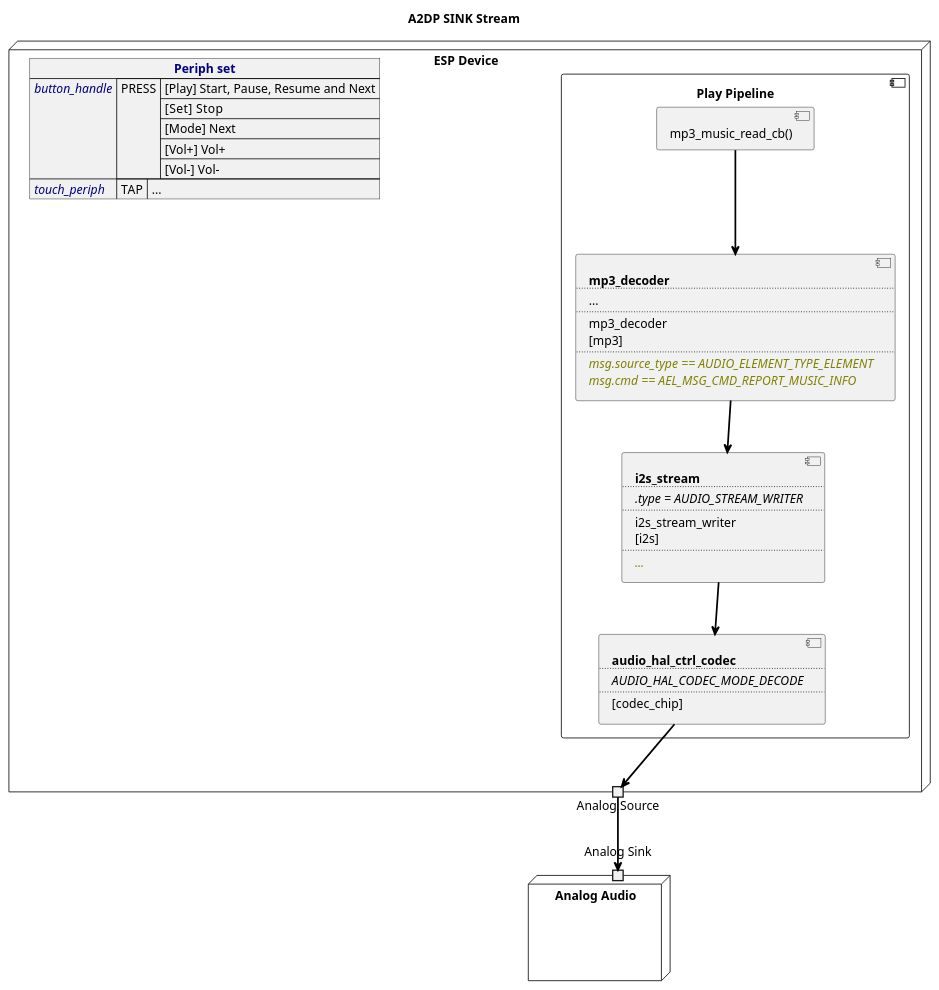
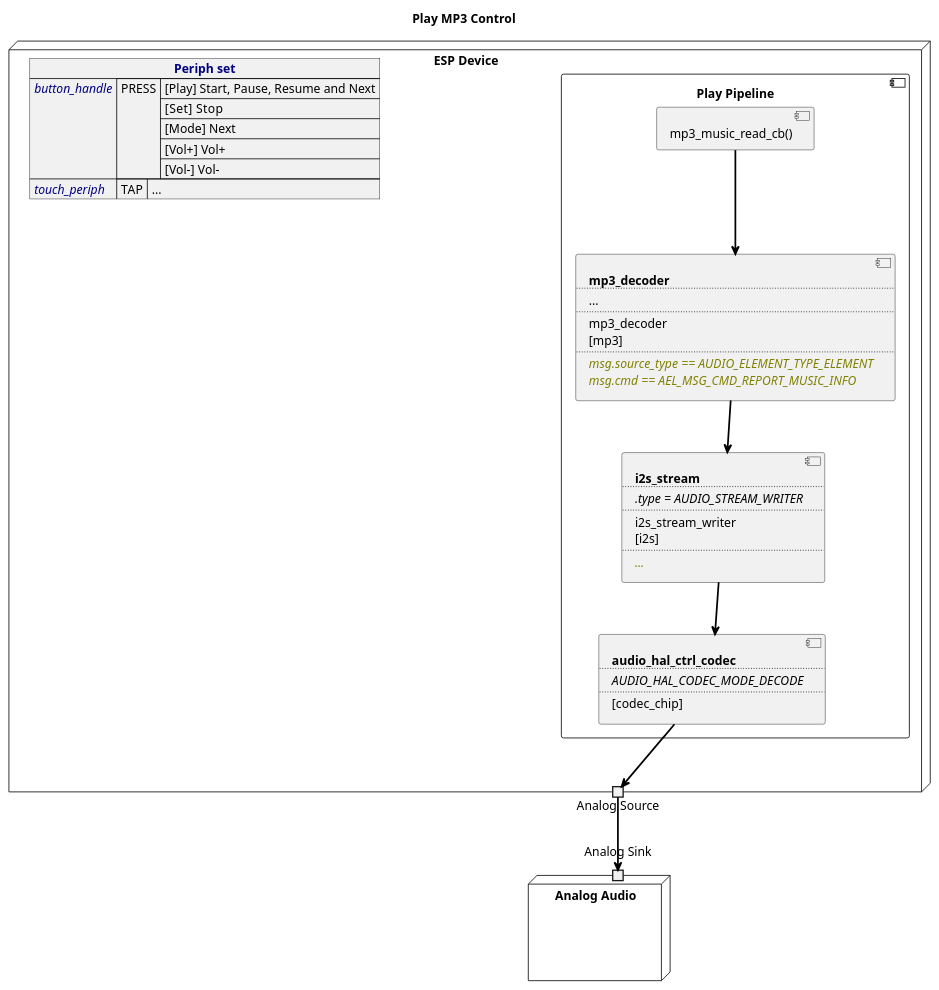
The diagram in examples/esp-adf/get-started/play_mp3_control/audio-stream-diagram.plantuml (liang-zhu-zi/open-audio-adapter), drawn with PlantUML before and after one commit. The commit also changed 3 other files, not shown here.

Commit message:
add audio flow chart

```diff
--- a/examples/esp-adf/get-started/play_mp3_control/audio-stream-diagram.plantuml
+++ b/examples/esp-adf/get-started/play_mp3_control/audio-stream-diagram.plantuml
@@ -1,72 +1,72 @@
-@startuml pipe_a2dp_sink_stream
-title A2DP SINK Stream
+@startuml play_mp3_control
+title Play MP3 Control
 allowmixing
 
 
 node "ESP Device" as ESPDevice  {
 
     json "<b><color navy>Periph set" as periph_set {
         "<i><color navy>button_handle":  {
             "PRESS":["[Play] Start, Pause, Resume and Next", 
                      "[Set]  Stop",
                      "[Mode] Next",
                      "[Vol+] Vol+",
                      "[Vol-] Vol-"
             ]
         },
         "<i><color navy>touch_periph":  {
             "TAP": "..."
         }
     }
 
     component "Play Pipeline" as PlayPipeline {
         component "mp3_music_read_cb()" as mp3_music_read_cb
 
         component Mp3Decoder [
             <b>mp3_decoder
             ....
             ...
             ....
             mp3_decoder
             [mp3]
             ....
             <i><color olive>msg.source_type == AUDIO_ELEMENT_TYPE_ELEMENT
             <i><color olive>msg.cmd == AEL_MSG_CMD_REPORT_MUSIC_INFO
         ]
 
         component I2SStream [
             <b>i2s_stream
             ....
             <i>.type = AUDIO_STREAM_WRITER
             ....
             i2s_stream_writer
             [i2s]
             ....
             <i><color olive>...
         ]
 
         component HALCodec [
             <b>audio_hal_ctrl_codec
             ....
             <i>AUDIO_HAL_CODEC_MODE_DECODE
             ....
             [codec_chip]
         ]
     }
 
     portout "Analog Source" as AnalogSource
 } 
 
 node "Analog Audio" as AnalogAudio  {
     portin "Analog Sink" as AnalogSink
 }
 
 
 mp3_music_read_cb --> Mp3Decoder      #line:black;line.bold;text:black
 Mp3Decoder  --> I2SStream       #line:black;line.bold;text:black
 I2SStream   --> HALCodec        #line:black;line.bold;text:black
 HALCodec    --> AnalogSource    #line:black;line.bold;text:black
 
 AnalogSource --> AnalogSink     #line:black;line.bold;text:black
 
 @enduml
```
